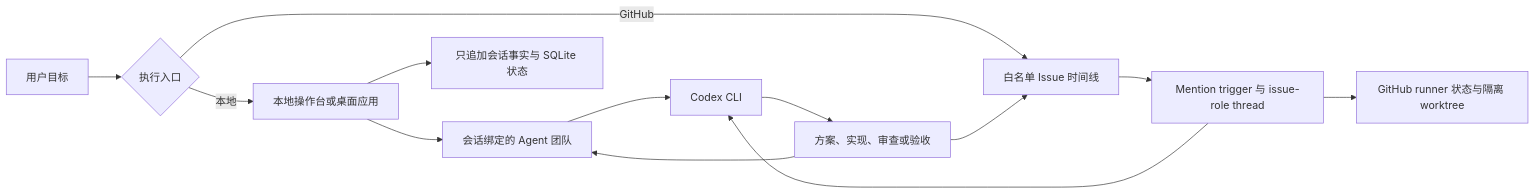
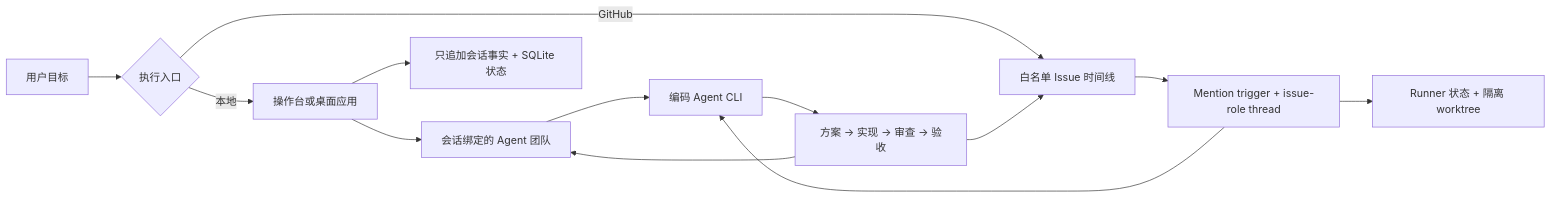
Before and after one commit to tranfu-labs/moebius: the diagram in README.zh-CN.md, drawn with Mermaid. The commit also changed other lines of this file and 7 other files, not shown here.

````diff
--- a/README.zh-CN.md
+++ b/README.zh-CN.md
@@ -151,15 +125,15 @@
 ```mermaid
 flowchart LR
   A["用户目标"] --> B{"执行入口"}
-  B -->|本地| C["本地操作台或桌面应用"]
+  B -->|本地| C["操作台或桌面应用"]
   B -->|GitHub| D["白名单 Issue 时间线"]
   C --> E["会话绑定的 Agent 团队"]
-  D --> F["Mention trigger 与 issue-role thread"]
-  E --> G["Codex CLI"]
+  D --> F["Mention trigger + issue-role thread"]
+  E --> G["编码 Agent CLI"]
   F --> G
-  G --> H["方案、实现、审查或验收"]
+  G --> H["方案 → 实现 → 审查 → 验收"]
   H --> E
   H --> D
-  C --> I["只追加会话事实与 SQLite 状态"]
-  F --> J["GitHub runner 状态与隔离 worktree"]
+  C --> I["只追加会话事实 + SQLite 状态"]
+  F --> J["Runner 状态 + 隔离 worktree"]
 ```
````
